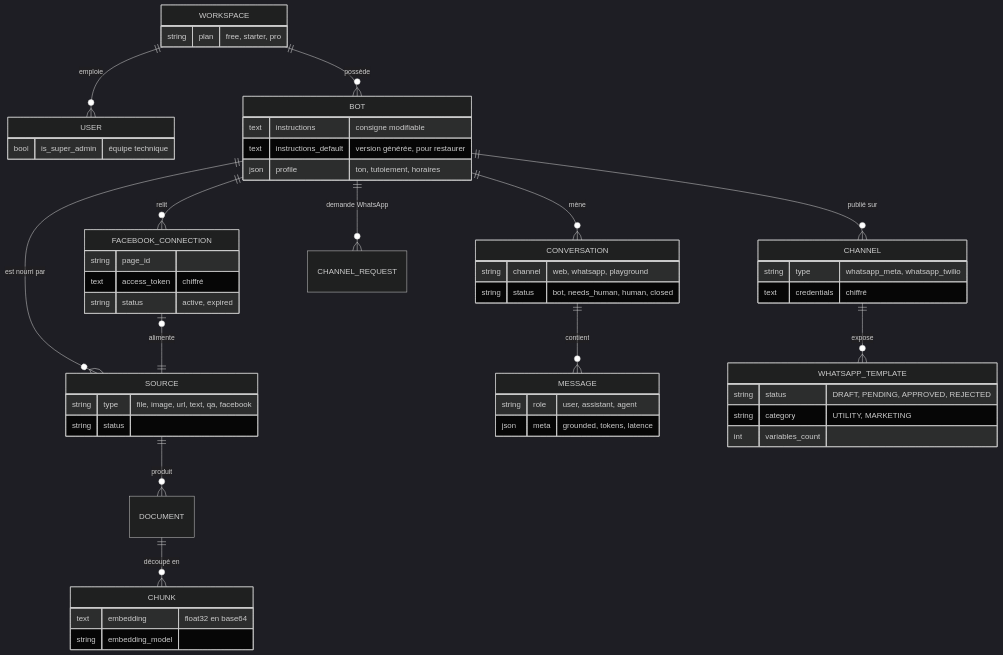
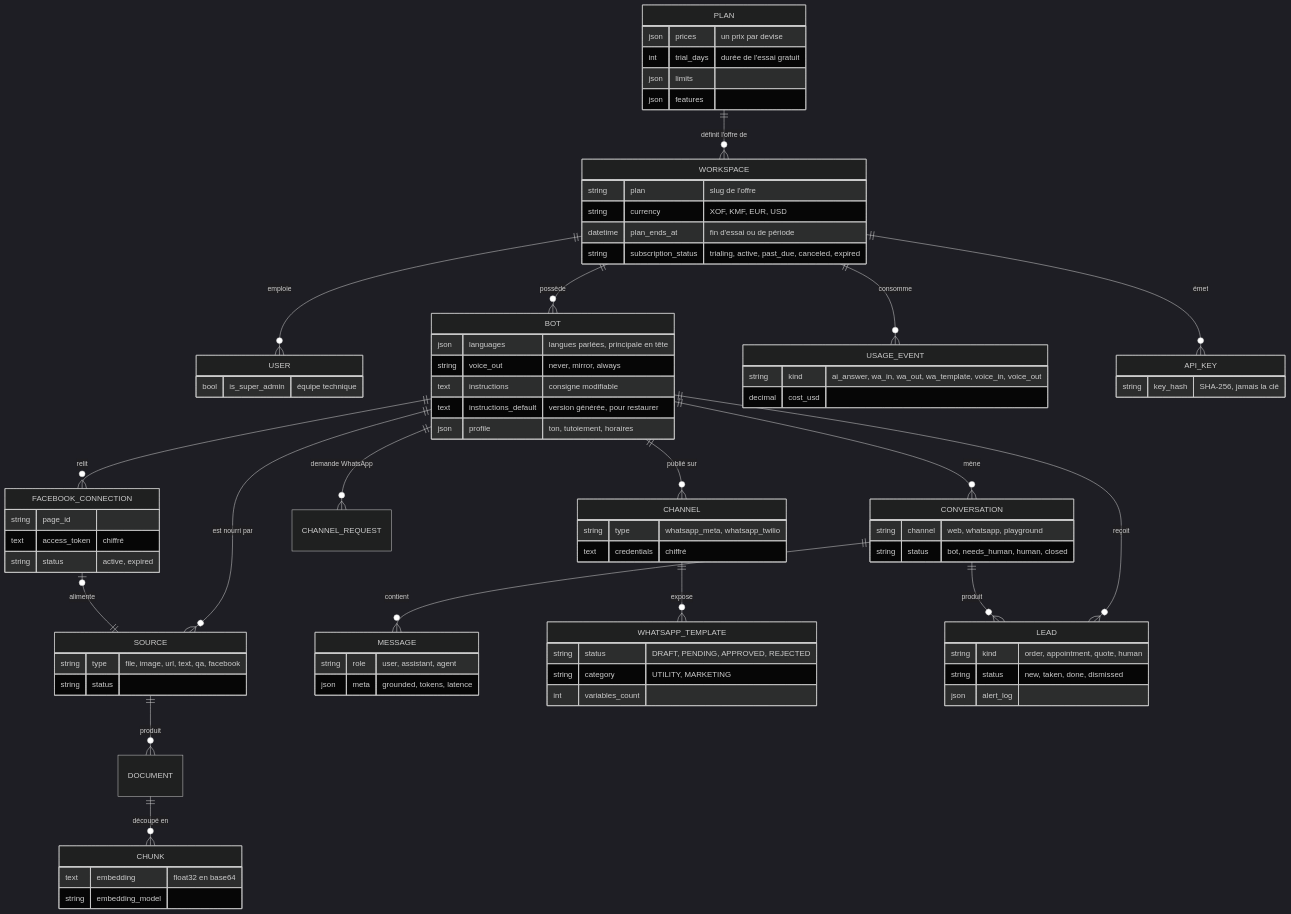
One commit to jino67/chatbot-fa changed the fourth of 4 diagrams in docs/ARCHITECTURE.md. Above: the diagram before and after it, drawn with Mermaid (dark theme). The commit also changed other lines of this file and 226 other files, not shown here.

First line of the commit message:
Kouma : offres, voix, langues, alertes, API, référencement et mise en ligne LWS

````diff
--- a/docs/ARCHITECTURE.md
+++ b/docs/ARCHITECTURE.md
@@ -107,26 +107,35 @@
 ```mermaid
 erDiagram
     WORKSPACE ||--o{ USER : emploie
     WORKSPACE ||--o{ BOT : possède
+    PLAN ||--o{ WORKSPACE : "définit l'offre de"
     BOT ||--o{ SOURCE : "est nourri par"
     SOURCE ||--o{ DOCUMENT : produit
     DOCUMENT ||--o{ CHUNK : "découpé en"
     BOT ||--o{ CONVERSATION : mène
     CONVERSATION ||--o{ MESSAGE : contient
     BOT ||--o{ CHANNEL : "publié sur"
     BOT ||--o{ CHANNEL_REQUEST : "demande WhatsApp"
     CHANNEL ||--o{ WHATSAPP_TEMPLATE : "expose"
     BOT ||--o{ FACEBOOK_CONNECTION : "relit"
     FACEBOOK_CONNECTION |o--|| SOURCE : "alimente"
 
-    WORKSPACE { string plan "free, starter, pro" }
+    WORKSPACE { string plan "slug de l'offre" string currency "XOF, KMF, EUR, USD" datetime plan_ends_at "fin d'essai ou de période" string subscription_status "trialing, active, past_due, canceled, expired" }
     USER { bool is_super_admin "équipe technique" }
     SOURCE { string type "file, image, url, text, qa, facebook" string status }
     CHUNK { text embedding "float32 en base64" string embedding_model }
     CONVERSATION { string channel "web, whatsapp, playground" string status "bot, needs_human, human, closed" }
     MESSAGE { string role "user, assistant, agent" json meta "grounded, tokens, latence" }
     CHANNEL { string type "whatsapp_meta, whatsapp_twilio" text credentials "chiffré" }
+    PLAN { json prices "un prix par devise" int trial_days "durée de l'essai gratuit" json limits json features }
+    BOT ||--o{ LEAD : "reçoit"
+    CONVERSATION ||--o{ LEAD : "produit"
+    WORKSPACE ||--o{ USAGE_EVENT : "consomme"
+    WORKSPACE ||--o{ API_KEY : "émet"
+    LEAD { string kind "order, appointment, quote, human" string status "new, taken, done, dismissed" json alert_log }
+    USAGE_EVENT { string kind "ai_answer, wa_in, wa_out, wa_template, voice_in, voice_out" decimal cost_usd }
+    API_KEY { string key_hash "SHA-256, jamais la clé" }
     WHATSAPP_TEMPLATE { string status "DRAFT, PENDING, APPROVED, REJECTED" string category "UTILITY, MARKETING" int variables_count }
     FACEBOOK_CONNECTION { string page_id text access_token "chiffré" string status "active, expired" }
-    BOT { text instructions "consigne modifiable" text instructions_default "version générée, pour restaurer" json profile "ton, tutoiement, horaires" }
+    BOT { json languages "langues parlées, principale en tête" string voice_out "never, mirror, always" text instructions "consigne modifiable" text instructions_default "version générée, pour restaurer" json profile "ton, tutoiement, horaires" }
 ```
````
